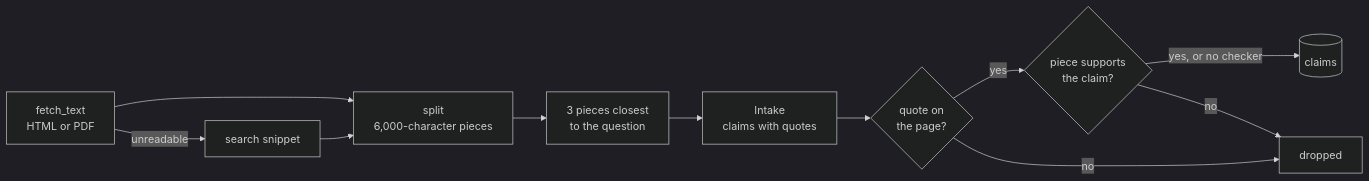
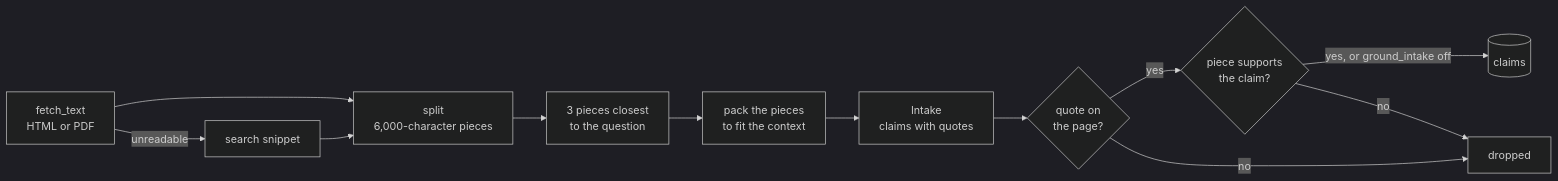
One commit to brewcoua/kvasir changed the fourth of 5 diagrams in docs/research.md. Above: the diagram before and after it, drawn with Mermaid (dark theme). The commit also changed other lines of this file and 41 other files, not shown here.

First line of the commit message:
feat(graph): research by time, proof-number picking, and readable reports

````diff
--- a/docs/research.md
+++ b/docs/research.md
@@ -233,20 +279,21 @@
 ```mermaid
 flowchart LR
     fetch["fetch_text<br/>HTML or PDF"]
     snippet["search snippet"]
     split["split<br/>6,000-character pieces"]
     filter["3 pieces closest<br/>to the question"]
+    pack["pack the pieces<br/>to fit the context"]
     intake["Intake<br/>claims with quotes"]
     quote{"quote on<br/>the page?"}
     ground{"piece supports<br/>the claim?"}
     store[("claims")]
     drop["dropped"]
 
     fetch --> split
     fetch -- unreadable --> snippet --> split
-    split --> filter --> intake --> quote
+    split --> filter --> pack --> intake --> quote
     quote -- yes --> ground
     quote -- no --> drop
-    ground -- yes, or no checker --> store
+    ground -- yes, or ground_intake off --> store
     ground -- no --> drop
 ```
````
